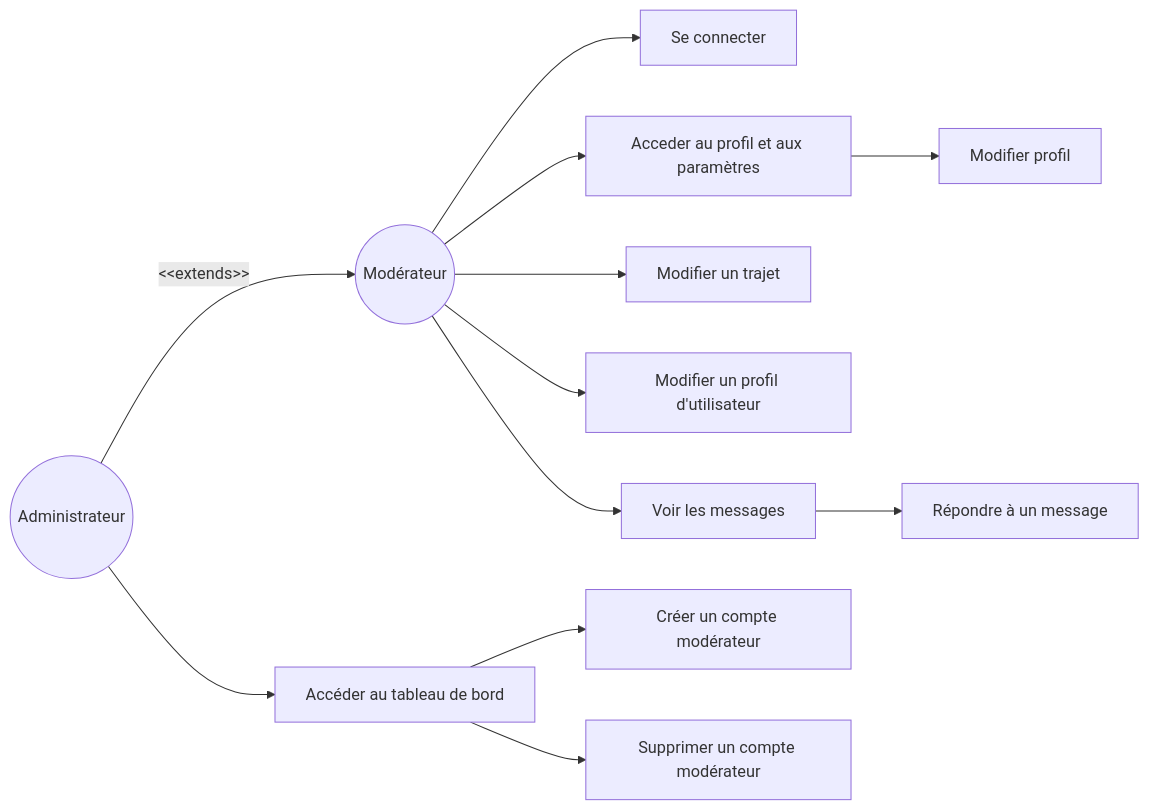
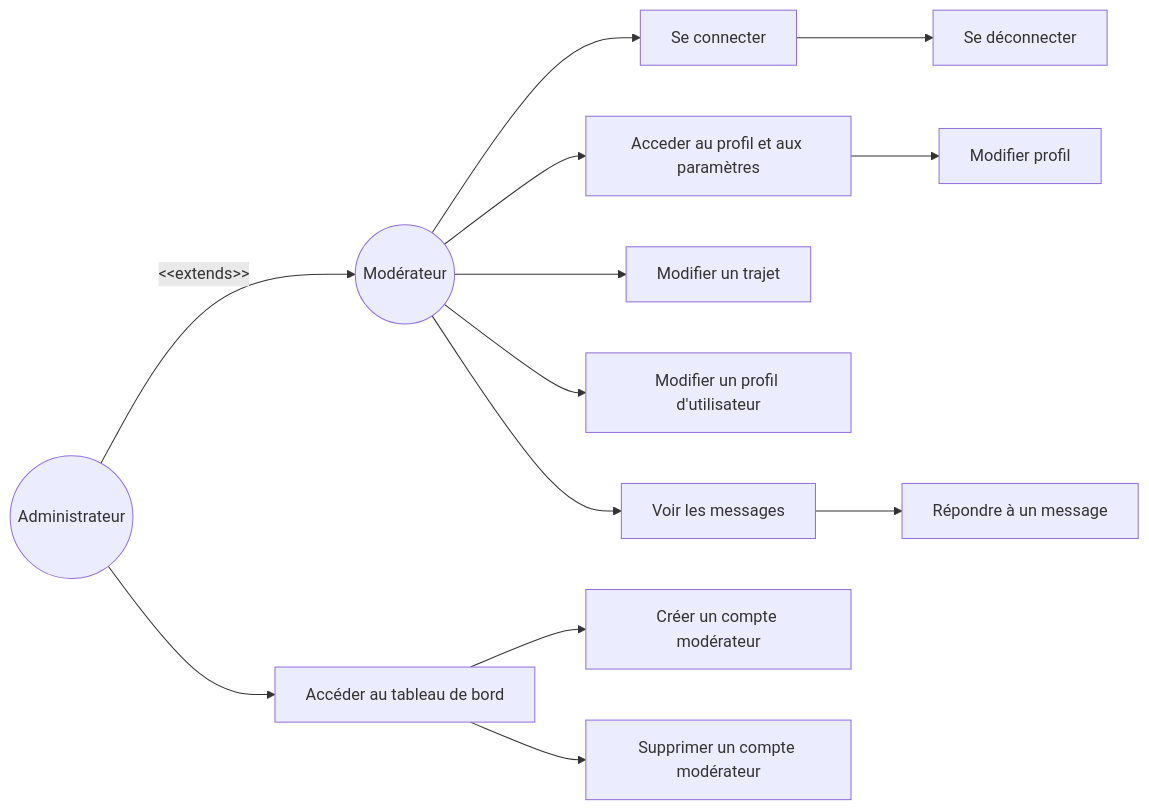
The diagram in diagrams/flowchart/usecase2.mmd (Anarchick/EcoRide), drawn with Mermaid before and after one commit. The commit also changed 1 other file, not shown here.

Commit message:
update usecases diagrams

```diff
--- a/diagrams/flowchart/usecase2.mmd
+++ b/diagrams/flowchart/usecase2.mmd
@@ -1,17 +1,18 @@
 flowchart LR
 modo((Modérateur))
 admin((Administrateur))
 
 modo --> /login[Se connecter]
+/login --> /logout[Se déconnecter]
 modo --> /profil[Acceder au profil et aux paramètres]
 /profil --> /profil/edit[Modifier profil]
 modo --> /travels/edit[Modifier un trajet]
 modo --> /profils/edit[Modifier un profil d'utilisateur]
 modo --> /contact/view[Voir les messages]
 /contact/view --> /contact/reply[Répondre à un message]
 
 admin --> /admin/dashboard[Accéder au tableau de bord]
 /admin/dashboard --> /admin/modo/create[Créer un compte modérateur]
 /admin/dashboard --> /admin/modo/delete[Supprimer un compte modérateur]
 
 admin -->|&lt;&lt;extends&gt;&gt;| modo
```
